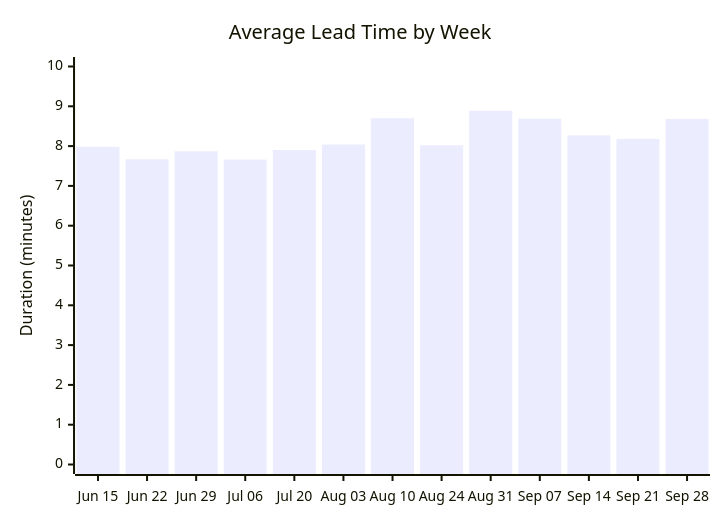
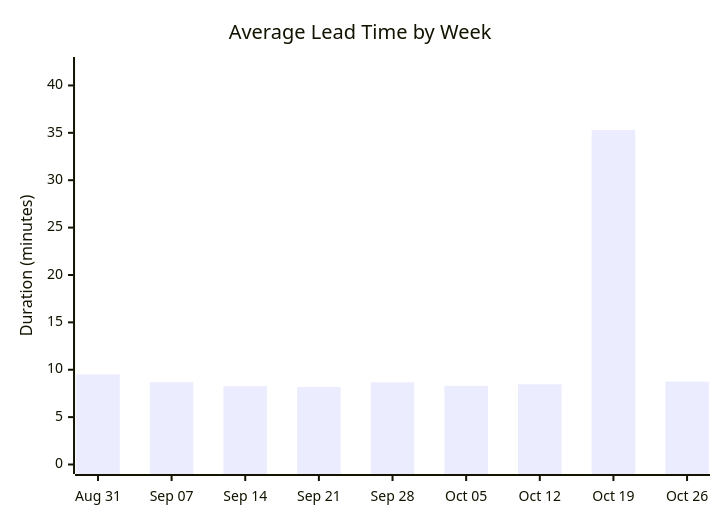
Before and after one commit to ukma-cs-ssdm-2025/rate-ukma: the second of 4 diagrams in docs/ci-cd/dora-summary.md, drawn with Mermaid. The commit also changed other lines of this file, not shown here.

````diff
--- a/docs/ci-cd/dora-summary.md
+++ b/docs/ci-cd/dora-summary.md
@@ -29,7 +29,7 @@
 ```mermaid
 xychart-beta
     title "Average Lead Time by Week"
-    x-axis ["Jun 15", "Jun 22", "Jun 29", "Jul 06", "Jul 20", "Aug 03", "Aug 10", "Aug 24", "Aug 31", "Sep 07", "Sep 14", "Sep 21", "Sep 28"]
-    y-axis "Duration (minutes)" 0 --> 10
-    bar [7.98, 7.67, 7.87, 7.66, 7.90, 8.04, 8.70, 8.02, 8.89, 8.69, 8.27, 8.18, 8.68]
+    x-axis ["Aug 31", "Sep 07", "Sep 14", "Sep 21", "Sep 28", "Oct 05", "Oct 12", "Oct 19", "Oct 26"]
+    y-axis "Duration (minutes)" 0 --> 42
+    bar [9.52, 8.69, 8.27, 8.18, 8.68, 8.30, 8.47, 35.29, 8.75]
 ```
````
